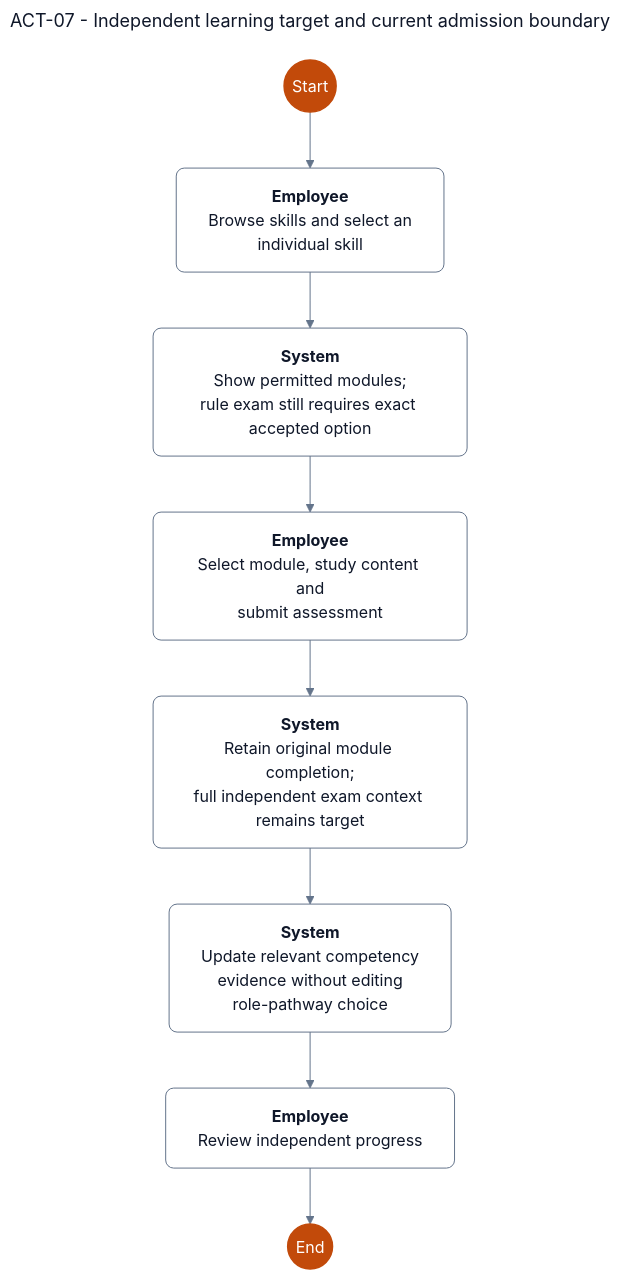
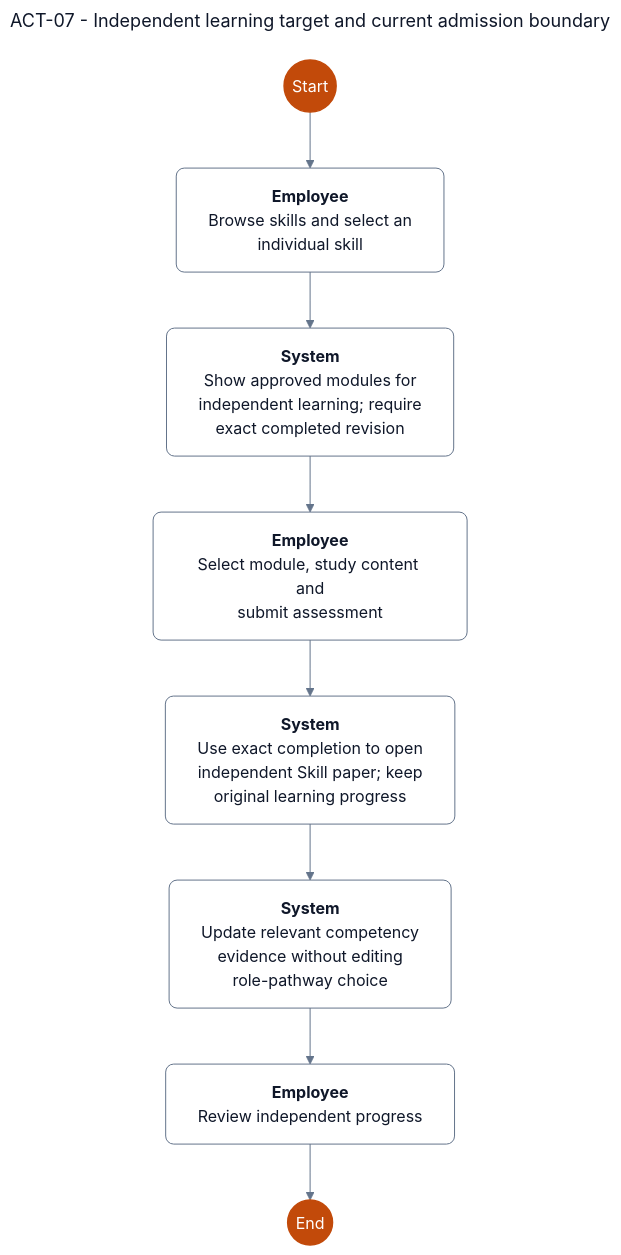
The diagram in documents/diagrams/mermaid/act-07.mmd (SEP490-Fall-2026-GFA26SE64/SEP490), drawn with Mermaid before and after one commit. The commit also changed 136 other files, not shown here.

```diff
--- a/documents/diagrams/mermaid/act-07.mmd
+++ b/documents/diagrams/mermaid/act-07.mmd
@@ -1,25 +1,25 @@
 ---
 title: "ACT-07 - Independent learning target and current admission boundary"
 config: {"theme":"base","fontFamily":"Segoe UI, Arial, sans-serif","themeVariables":{"fontFamily":"Segoe UI, Arial, sans-serif","fontSize":"16px","primaryColor":"#ffffff","primaryTextColor":"#0f1729","primaryBorderColor":"#64748b","secondaryColor":"#fef3eb","tertiaryColor":"#ffffff","lineColor":"#64748b","textColor":"#0f1729","mainBkg":"#ffffff","background":"#ffffff","clusterBkg":"#ffffff","clusterBorder":"#64748b","edgeLabelBackground":"#ffffff","titleColor":"#0f1729","noteBkgColor":"#fef3eb","noteTextColor":"#0f1729","noteBorderColor":"#e6650f","secondaryBorderColor":"#64748b","tertiaryBorderColor":"#64748b","secondaryTextColor":"#0f1729","tertiaryTextColor":"#0f1729"},"layout":"dagre","elk":{"mergeEdges":false,"nodePlacementStrategy":"NETWORK_SIMPLEX"},"flowchart":{"htmlLabels":true,"nodeSpacing":28,"rankSpacing":56,"curve":"linear","diagramPadding":24,"padding":16,"wrappingWidth":250}}
 ---
 
 flowchart TD
     SRS_ACT_07_N1(("Start"))
     SRS_ACT_07_N2["<b>Employee</b><br/>Browse skills and select an<br/>individual skill"]
     SRS_ACT_07_N4["<b>Employee</b><br/>Select module, study content and<br/>submit assessment"]
     SRS_ACT_07_N7["<b>Employee</b><br/>Review independent progress"]
     SRS_ACT_07_N8(("End"))
-    SRS_ACT_07_N3["<b>System</b><br/>Show permitted modules;<br/>rule exam still requires exact accepted option"]
-    SRS_ACT_07_N5["<b>System</b><br/>Retain original module completion;<br/>full independent exam context remains target"]
+    SRS_ACT_07_N3["<b>System</b><br/>Show approved modules for<br/>independent learning; require<br/>exact completed revision"]
+    SRS_ACT_07_N5["<b>System</b><br/>Use exact completion to open<br/>independent Skill paper; keep<br/>original learning progress"]
     SRS_ACT_07_N6["<b>System</b><br/>Update relevant competency<br/>evidence without editing<br/>role-pathway choice"]
   SRS_ACT_07_N1 --> SRS_ACT_07_N2
   SRS_ACT_07_N2 --> SRS_ACT_07_N3
   SRS_ACT_07_N3 --> SRS_ACT_07_N4
   SRS_ACT_07_N4 --> SRS_ACT_07_N5
   SRS_ACT_07_N5 --> SRS_ACT_07_N6
   SRS_ACT_07_N6 --> SRS_ACT_07_N7
   SRS_ACT_07_N7 --> SRS_ACT_07_N8
 
   classDef default fill:#ffffff,stroke:#64748b,color:#0f1729,stroke-width:1px,rx:8,ry:8
   classDef entry fill:#c24a0a,stroke:#c24a0a,color:#ffffff,stroke-width:1.5px
   class SRS_ACT_07_N1,SRS_ACT_07_N8 entry
```
